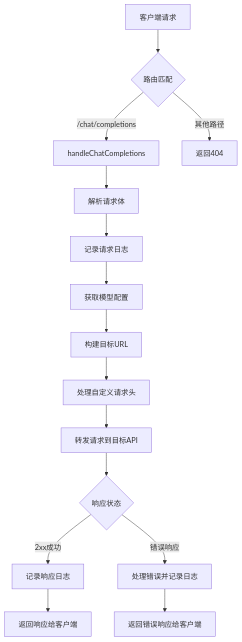
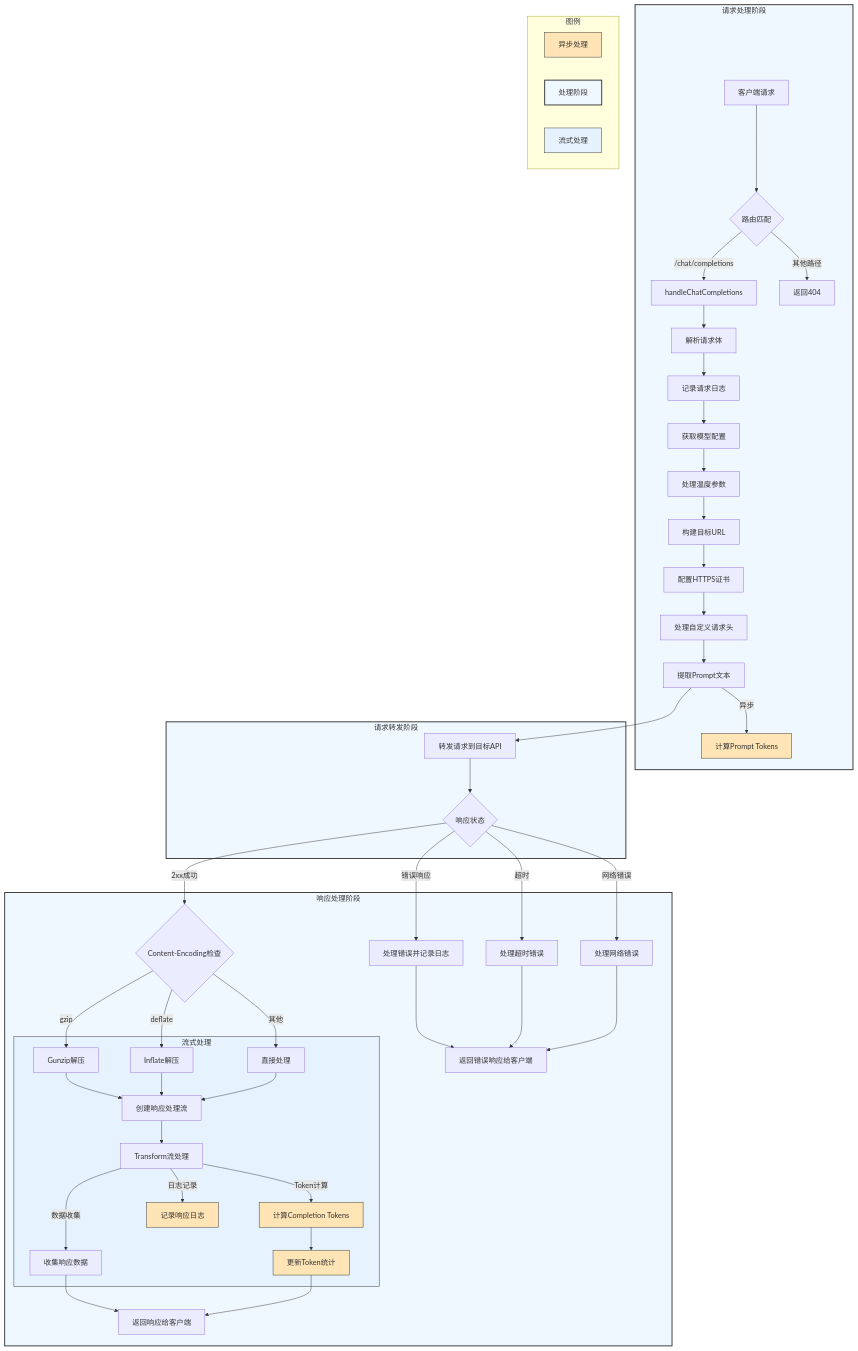
The diagram in README.md (aicorp-cn/ai-model-hub), drawn with Mermaid before and after one commit.

Commit message:
更新README.md文档，完善项目功能说明和配置示例

````diff
--- a/README.md
+++ b/README.md
@@ -66,17 +66,75 @@
 ```mermaid
 graph TB
-    A[客户端请求] --> B{路由匹配}
-    B -->|/chat/completions| C[handleChatCompletions]
-    B -->|其他路径| D[返回404]
-    C --> E[解析请求体]
-    E --> F[记录请求日志]
-    F --> G[获取模型配置]
-    G --> H[构建目标URL]
-    H --> I[处理自定义请求头]
-    I --> J[转发请求到目标API]
-    J --> K{响应状态}
-    K -->|2xx成功| L[记录响应日志]
-    K -->|错误响应| M[处理错误并记录日志]
-    L --> N[返回响应给客户端]
-    M --> O[返回错误响应给客户端]
+    %% 请求处理阶段
+    subgraph 请求处理阶段
+        A[客户端请求] --> B{路由匹配}
+        B -->|/chat/completions| C[handleChatCompletions]
+        B -->|其他路径| D[返回404]
+        C --> E[解析请求体]
+        E --> F[记录请求日志]
+        F --> G[获取模型配置]
+        G --> H[处理温度参数]
+        H --> I[构建目标URL]
+        I --> J[配置HTTPS证书]
+        J --> K[处理自定义请求头]
+        K --> L[提取Prompt文本]
+        L -- 异步 --> M[计算Prompt Tokens]
+    end
+    
+    %% 请求转发阶段
+    subgraph 请求转发阶段
+        L --> N[转发请求到目标API]
+        N --> O{响应状态}
+    end
+    
+    %% 响应处理阶段
+    subgraph 响应处理阶段
+        O -->|2xx成功| P{Content-Encoding检查}
+        O -->|错误响应| Q[处理错误并记录日志]
+        O -->|超时| R[处理超时错误]
+        O -->|网络错误| S[处理网络错误]
+        
+        P -->|gzip| T[Gunzip解压]
+        P -->|deflate| U[Inflate解压]
+        P -->|其他| V[直接处理]
+        
+        %% 流式处理子阶段
+        subgraph 流式处理
+            T --> W[创建响应处理流]
+            U --> W[创建响应处理流]
+            V --> W[创建响应处理流]
+            W --> X[Transform流处理]
+            X -- 数据收集 --> Y[收集响应数据]
+            X -- Token计算 --> Z[计算Completion Tokens]
+            X -- 日志记录 --> AA[记录响应日志]
+            Z --> AB[更新Token统计]
+        end
+        
+        Y --> AC[返回响应给客户端]
+        AB --> AC
+        Q --> AD[返回错误响应给客户端]
+        R --> AD
+        S --> AD
+    end
+    
+    %% 样式定义
+    style M fill:#FFE4B5,stroke:#333
+    style Z fill:#FFE4B5,stroke:#333
+    style AA fill:#FFE4B5,stroke:#333
+    style AB fill:#FFE4B5,stroke:#333
+    
+    classDef async fill:#FFE4B5,stroke:#333;
+    classDef phase fill:#f0f8ff,stroke:#333,stroke-width:2px;
+    classDef stream fill:#e6f3ff,stroke:#333;
+    
+    class M,Z,AA,AB async;
+    class 请求处理阶段,请求转发阶段,响应处理阶段 phase;
+    class 流式处理 stream;
+    
+    %% 图例说明
+    subgraph 图例
+        asyncLegend[异步处理]:::async
+        phaseLegend[处理阶段]:::phase
+        streamLegend[流式处理]:::stream
+    end
 ```
````
